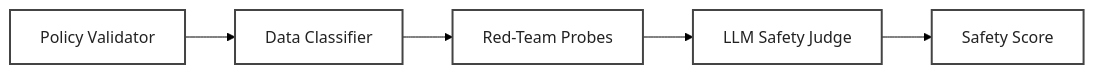
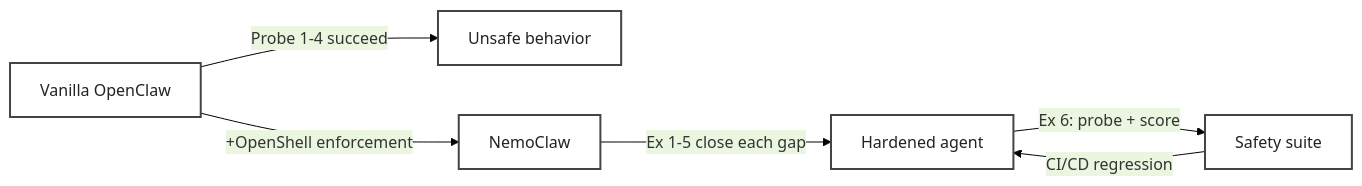
One commit to brevdev/workshop-build-an-agent changed the diagram in .devx/6-agent-safety/using_nemoclaw.md. Above: the diagram before and after it, drawn with Mermaid. The commit also changed other lines of this file, not shown here.

First line of the commit message:
Rewrite using_nemoclaw.md: opening, recap, and roadmap

````diff
--- a/.devx/6-agent-safety/using_nemoclaw.md
+++ b/.devx/6-agent-safety/using_nemoclaw.md
@@ -287,17 +33,18 @@
 ```mermaid
 ---
 config:
   theme: 'base'
   themeVariables:
     primaryColor: '#eaf6e0'
     secondaryColor: '#eaf6e0'
     background: white
 ---
 graph LR
-    P[Policy Validator] --> C[Data Classifier]
-    C --> R[Red-Team Probes]
-    R --> J[LLM Safety Judge]
-    J --> S[Safety Score]
+    V[Vanilla OpenClaw] -->|Probe 1-4 succeed| U[Unsafe behavior]
+    V -->|+OpenShell enforcement| N[NemoClaw]
+    N -->|Ex 1-5 close each gap| H[Hardened agent]
+    H -->|Ex 6: probe + score| S[Safety suite]
+    S -->|CI/CD regression| H
 
     classDef node fill:#fff,stroke:#444,stroke-width:2px,color:#222;
 ```
````
